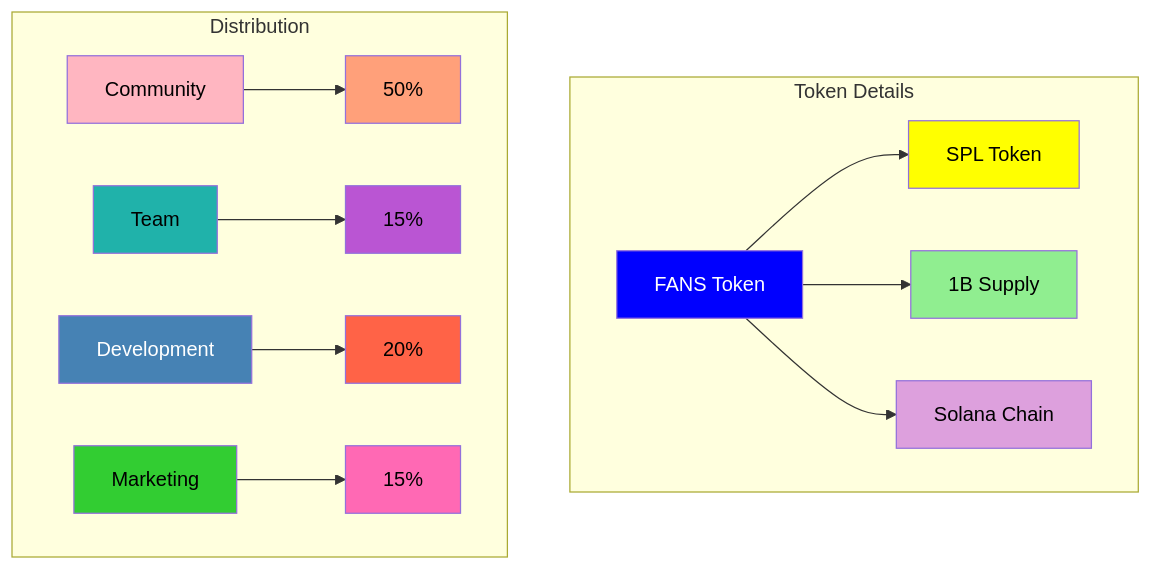
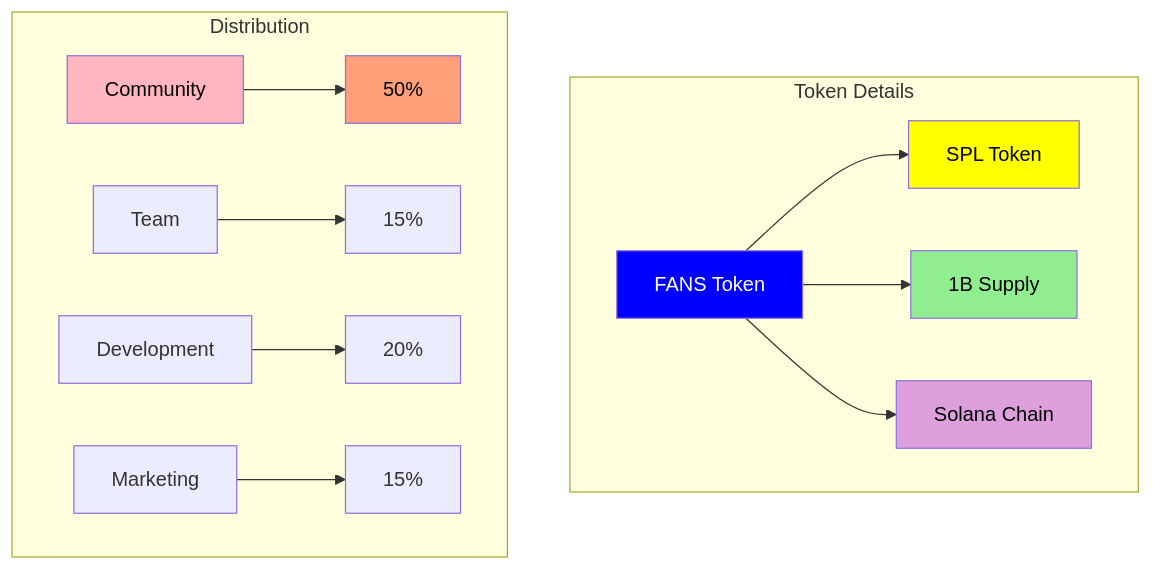
One commit to MEMEFANS/memefans changed the second of 8 diagrams in docs/whitepaper/token-economics.md. Above: the diagram before and after it, drawn with Mermaid. The commit also changed other lines of this file and 32 other files, not shown here.

```diff
--- a/docs/whitepaper/token-economics.md
+++ b/docs/whitepaper/token-economics.md
@@ -31,28 +48,22 @@
 <div class="mermaid">
 graph TD
     subgraph Token Details
     A[FANS Token] --> B[SPL Token]
     A --> C[1B Supply]
     A --> D[Solana Chain]
     end
     
     subgraph Distribution
     E[Community] --> F[50%]
     G[Team] --> H[15%]
     I[Development] --> J[20%]
     K[Marketing] --> L[15%]
     end
     
     style A fill:#0000FF,color:#FFFFFF
     style B fill:#FFFF00,color:#000000
     style C fill:#90EE90,color:#000000
     style D fill:#DDA0DD,color:#000000
     style E fill:#FFB6C1,color:#000000
     style F fill:#FFA07A,color:#000000
-    style G fill:#20B2AA,color:#000000
-    style H fill:#BA55D3,color:#000000
-    style I fill:#4682B4,color:#FFFFFF
-    style J fill:#FF6347,color:#000000
-    style K fill:#32CD32,color:#000000
-    style L fill:#FF69B4,color:#000000
 </div>
```
